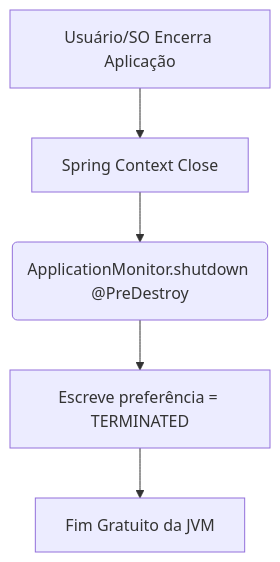
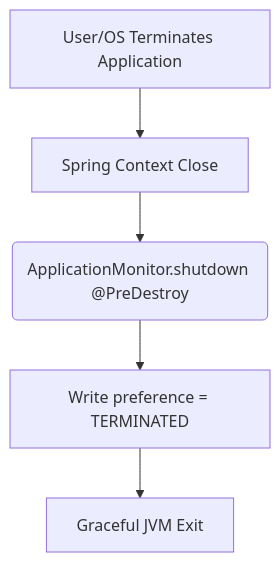
Diagram 15 of 15 in docs/full-forensic-technical-documentation.md (daniel-chiuratto-seabra/OwlPlug), drawn with Mermaid before and after one commit. The commit also changed other lines of this file, not shown here.

````diff
--- a/docs/full-forensic-technical-documentation.md
+++ b/docs/full-forensic-technical-documentation.md
@@ -565,7 +565,7 @@
 ```mermaid
 flowchart TD
-    A[Usuário/SO Encerra Aplicação] --> B[Spring Context Close]
+    A[User/OS Terminates Application] --> B[Spring Context Close]
     B --> C(ApplicationMonitor.shutdown @PreDestroy)
-    C --> D[Escreve preferência = TERMINATED]
-    D --> E[Fim Gratuito da JVM]
+    C --> D[Write preference = TERMINATED]
+    D --> E[Graceful JVM Exit]
 ```
````
